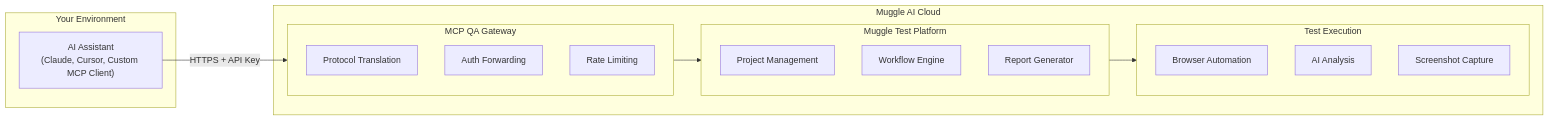
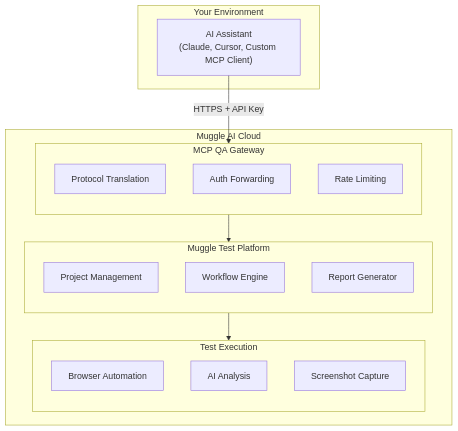
The first of 5 diagrams in mcp/mcp-concepts.md (multiplex-ai/muggle-ai-docs), drawn with Mermaid before and after one commit. The commit also changed other lines of this file, not shown here.

Commit message:
docs: update MCP documentation with improved flowchart direction, table formatting, and enhanced clarity for better readability

````diff
--- a/mcp/mcp-concepts.md
+++ b/mcp/mcp-concepts.md
@@ -7,33 +7,33 @@
 ```mermaid
-flowchart LR
+flowchart TB
     subgraph env["Your Environment"]
         client["AI Assistant<br/>(Claude, Cursor, Custom MCP Client)"]
     end
-    
+
     subgraph cloud["Muggle AI Cloud"]
         subgraph gateway["MCP QA Gateway"]
             direction TB
             proto["Protocol Translation"]
             auth["Auth Forwarding"]
             rate["Rate Limiting"]
         end
-        
+
         subgraph platform["Muggle Test Platform"]
             direction TB
             proj["Project Management"]
             workflow["Workflow Engine"]
             report["Report Generator"]
         end
-        
+
         subgraph exec["Test Execution"]
             direction TB
             browser["Browser Automation"]
             ai["AI Analysis"]
             screenshot["Screenshot Capture"]
         end
     end
-    
+
     client -->|"HTTPS + API Key"| gateway
     gateway --> platform
     platform --> exec
 ```
````
